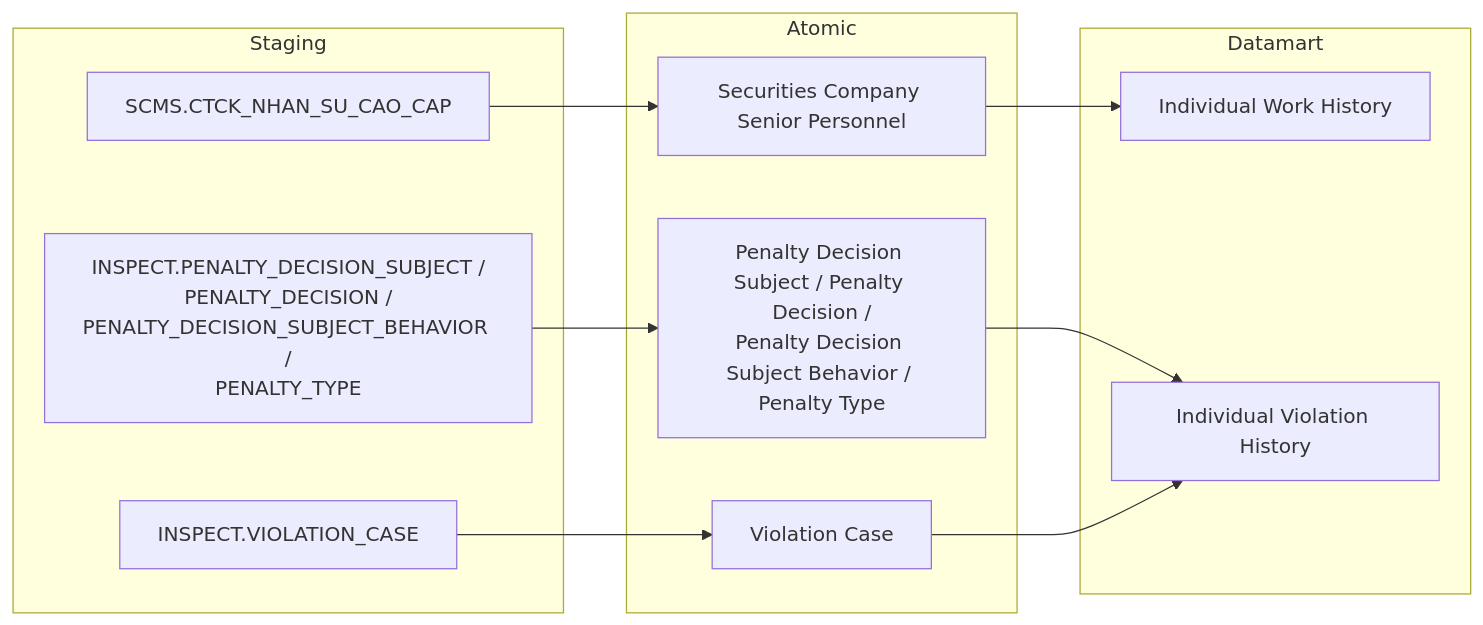
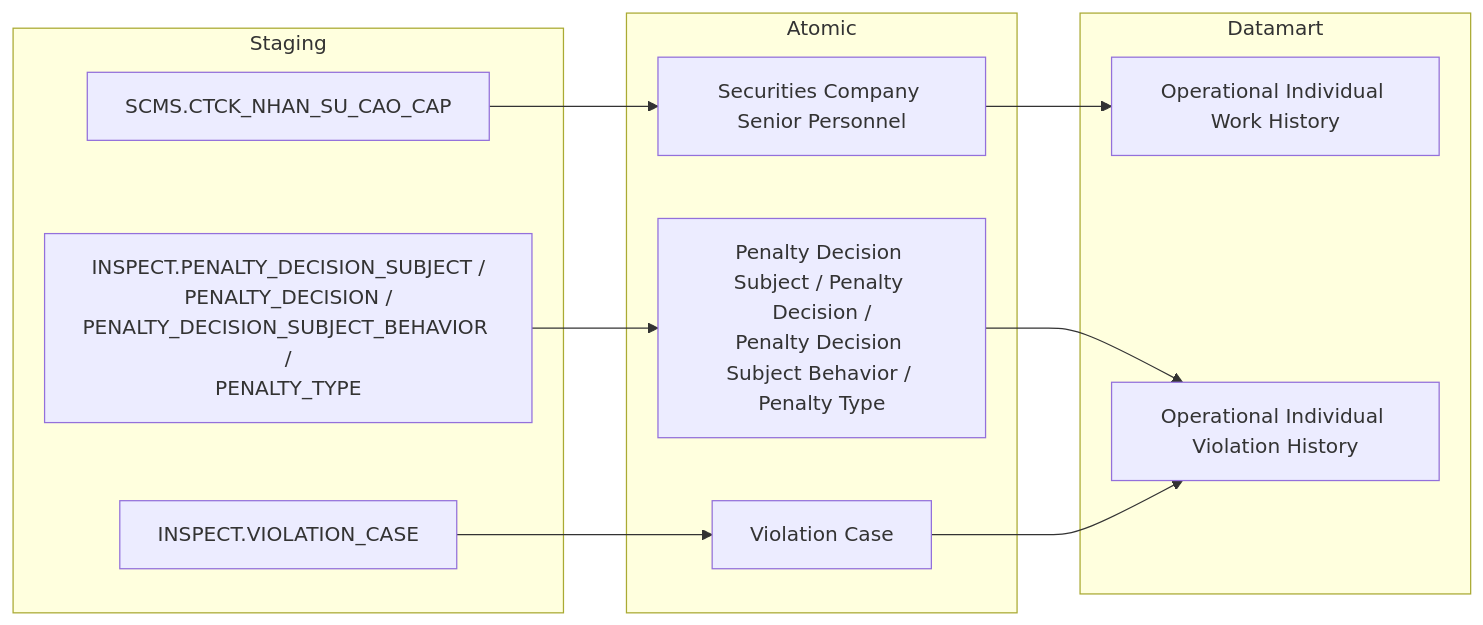
One commit to linhlvit/ubck_atomic_design changed diagram 17 of 32 in Datamart/hld/DTM_QLKD_HLD.md. Above: the diagram before and after it, drawn with Mermaid. The commit also changed other lines of this file and 62 other files, not shown here.

````diff
--- a/Datamart/hld/DTM_QLKD_HLD.md
+++ b/Datamart/hld/DTM_QLKD_HLD.md
@@ -657,27 +660,27 @@
 ```mermaid
 flowchart LR
     subgraph SRC["Staging"]
         S1["SCMS.CTCK_NHAN_SU_CAO_CAP"]
         S2["INSPECT.PENALTY_DECISION_SUBJECT /\nPENALTY_DECISION /\nPENALTY_DECISION_SUBJECT_BEHAVIOR /\nPENALTY_TYPE"]
         S3["INSPECT.VIOLATION_CASE"]
     end
 
     subgraph SIL["Atomic"]
         SV1["Securities Company Senior Personnel"]
         SV2["Penalty Decision Subject / Penalty Decision /\nPenalty Decision Subject Behavior / Penalty Type"]
         SV3["Violation Case"]
     end
 
     subgraph Datamart["Datamart"]
-        G1["Individual Work History"]
-        G2["Individual Violation History"]
+        G1["Operational Individual Work History"]
+        G2["Operational Individual Violation History"]
     end
 
     S1 --> SV1
     S2 --> SV2
     S3 --> SV3
 
     SV1 --> G1
     SV2 --> G2
     SV3 --> G2
 ```
````
